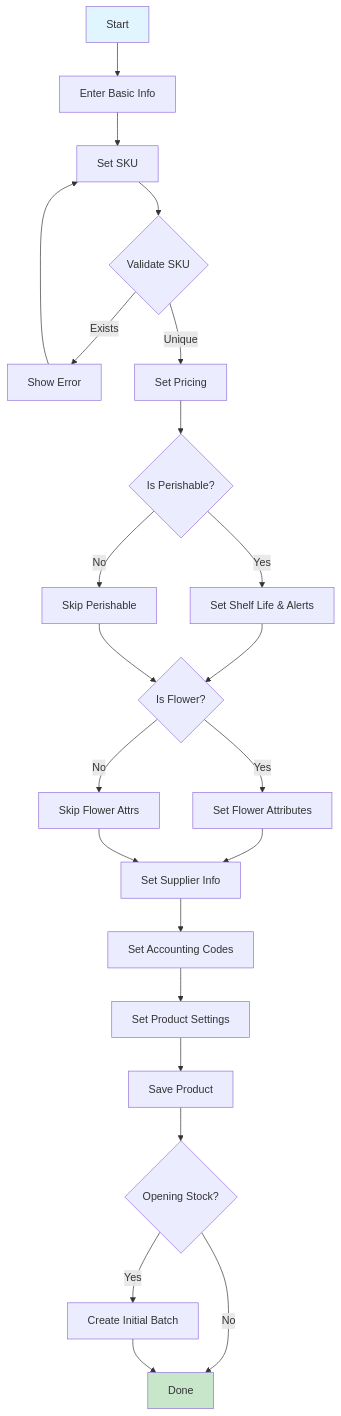
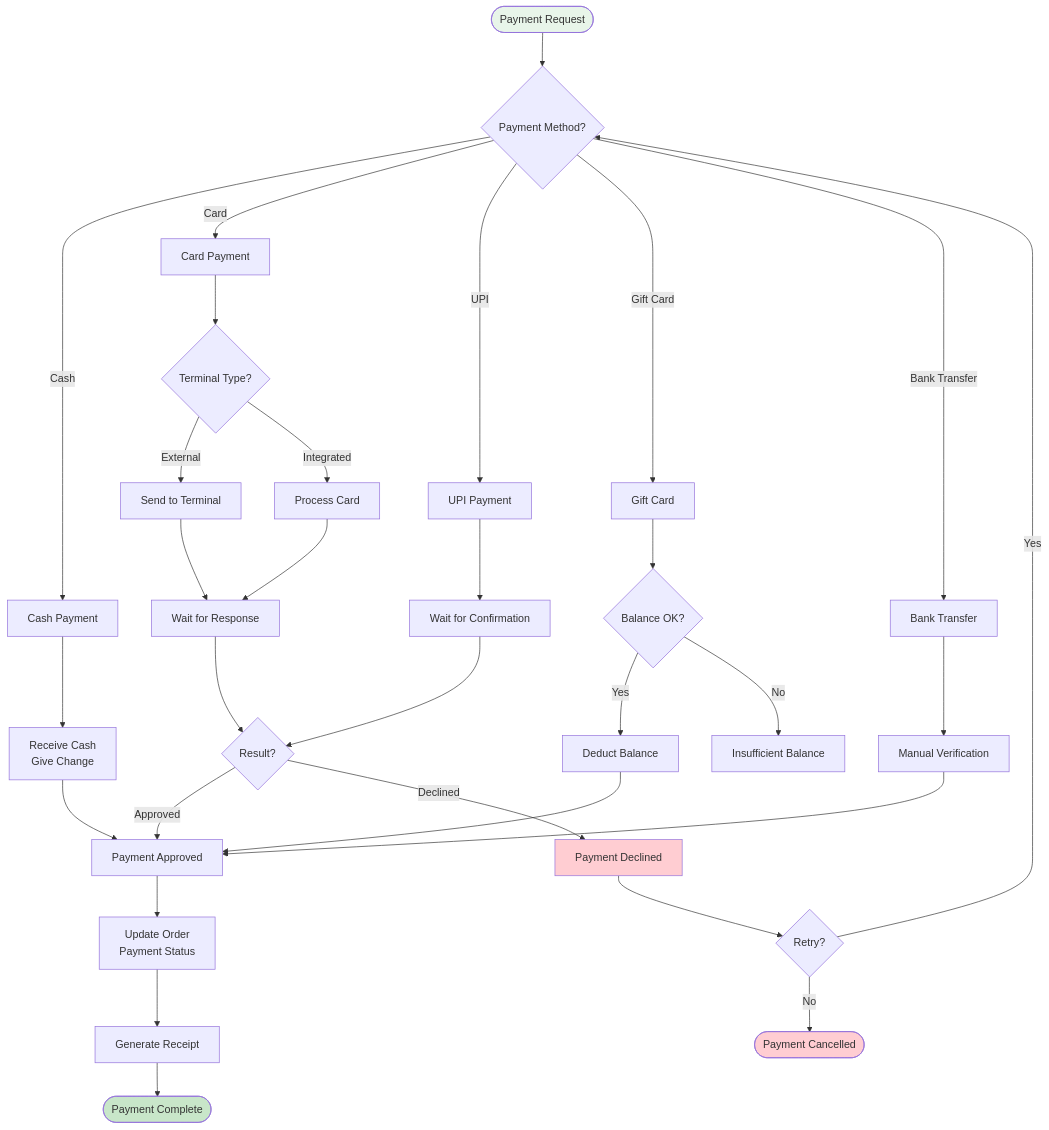
The fourth of 9 diagrams in README.md (justflowerdelhi/floraprise), drawn with Mermaid before and after one commit. The commit also changed other lines of this file and 66 other files, not shown here.

````diff
--- a/README.md
+++ b/README.md
@@ -393,28 +243,48 @@
 ```mermaid
 flowchart TD
-    A[Start] --> B[Enter Basic Info]
-    B --> C[Set SKU]
-    C --> D{Validate SKU}
-    D -->|Exists| E[Show Error]
-    E --> C
-    D -->|Unique| F[Set Pricing]
-    F --> G{Is Perishable?}
-    G -->|Yes| H[Set Shelf Life & Alerts]
-    G -->|No| I[Skip Perishable]
-    H --> J{Is Flower?}
-    I --> J
-    J -->|Yes| K[Set Flower Attributes]
-    J -->|No| L[Skip Flower Attrs]
-    K --> M[Set Supplier Info]
-    L --> M
-    M --> N[Set Accounting Codes]
-    N --> O[Set Product Settings]
-    O --> P[Save Product]
-    P --> Q{Opening Stock?}
-    Q -->|Yes| R[Create Initial Batch]
-    Q -->|No| S[Done]
-    R --> S
-    
-    style A fill:#e1f5fe
-    style S fill:#c8e6c9
+    START([Payment Request]) --> METHOD{Payment Method?}
+
+    METHOD -->|Cash| CASH[Cash Payment]
+    METHOD -->|Card| CARD[Card Payment]
+    METHOD -->|UPI| UPI[UPI Payment]
+    METHOD -->|Gift Card| GC[Gift Card]
+    METHOD -->|Bank Transfer| BANK[Bank Transfer]
+
+    CASH --> RECEIVE_CASH[Receive Cash<br/>Give Change]
+    RECEIVE_CASH --> APPROVE
+
+    CARD --> TERMINAL{Terminal Type?}
+    TERMINAL -->|External| EXT[Send to Terminal]
+    TERMINAL -->|Integrated| INT[Process Card]
+
+    EXT --> WAIT[Wait for Response]
+    INT --> WAIT
+
+    WAIT --> RESULT{Result?}
+    RESULT -->|Approved| APPROVE[Payment Approved]
+    RESULT -->|Declined| DECLINE[Payment Declined]
+
+    UPI --> UPI_WAIT[Wait for Confirmation]
+    UPI_WAIT --> RESULT
+
+    GC --> CHECK_BAL{Balance OK?}
+    CHECK_BAL -->|Yes| DEDUCT_GC[Deduct Balance]
+    CHECK_BAL -->|No| INSUFFICIENT[Insufficient Balance]
+    DEDUCT_GC --> APPROVE
+
+    BANK --> MANUAL[Manual Verification]
+    MANUAL --> APPROVE
+
+    APPROVE --> UPDATE[Update Order<br/>Payment Status]
+    UPDATE --> RECEIPT[Generate Receipt]
+    RECEIPT --> DONE([Payment Complete])
+
+    DECLINE --> RETRY{Retry?}
+    RETRY -->|Yes| METHOD
+    RETRY -->|No| CANCEL([Payment Cancelled])
+
+    style START fill:#e8f5e9
+    style DONE fill:#c8e6c9
+    style DECLINE fill:#ffcdd2
+    style CANCEL fill:#ffcdd2
 ```
````
